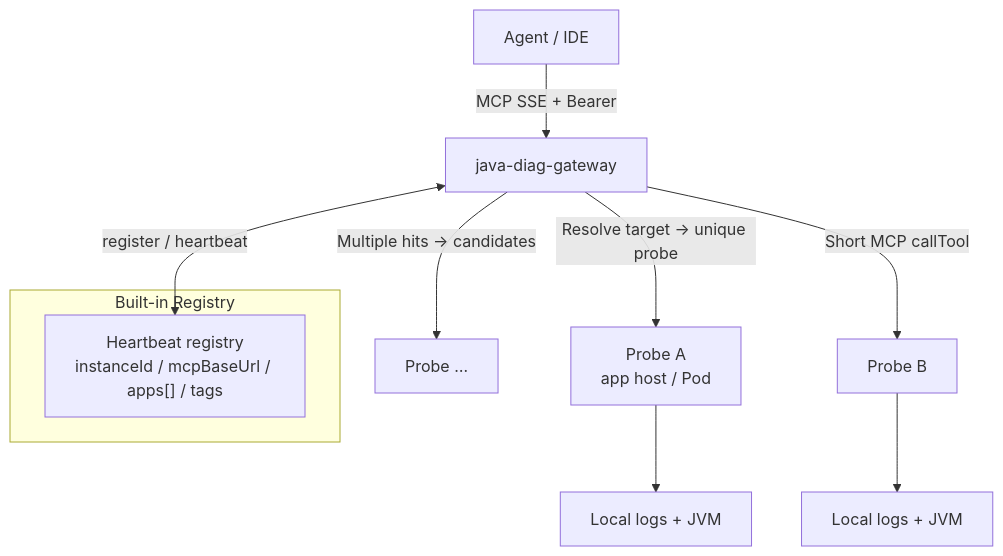
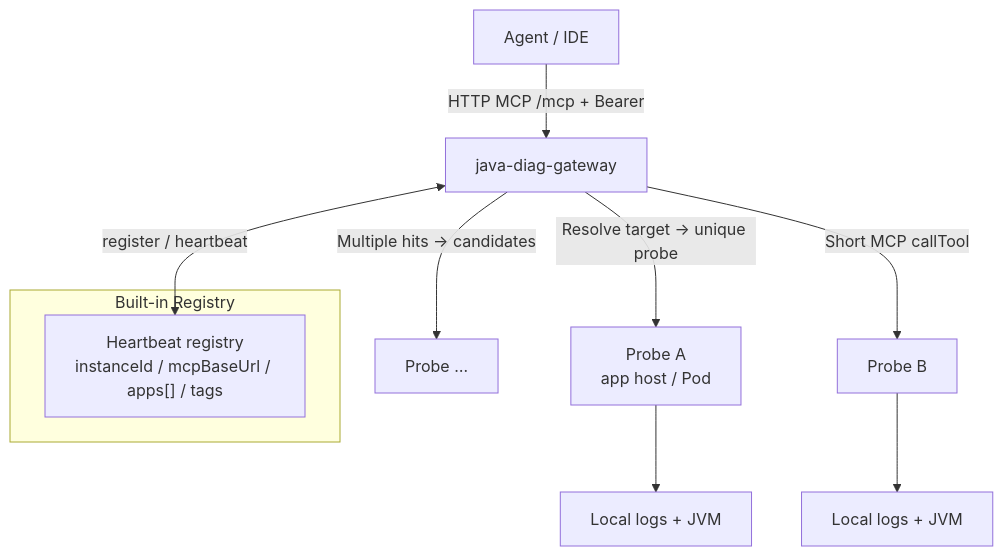
One commit to chenxk/java-diag changed the second of 2 diagrams in README_EN.md. Above: the diagram before and after it, drawn with Mermaid. The commit also changed other lines of this file and 5 other files, not shown here.

````diff
--- a/README_EN.md
+++ b/README_EN.md
@@ -110,16 +157,16 @@
 ```mermaid
 flowchart TB
-  Agent["Agent / IDE"] -->|"MCP SSE + Bearer"| GW["java-diag-gateway"]
+  Agent["Agent / IDE"] -->|"HTTP MCP /mcp + Bearer"| GW["java-diag-gateway"]
 
   subgraph registry ["Built-in Registry"]
     HB["Heartbeat registry<br/>instanceId / mcpBaseUrl / apps[] / tags"]
   end
 
   GW <-->|"register / heartbeat"| HB
   GW -->|"Resolve target → unique probe"| ProbeA["Probe A<br/>app host / Pod"]
   GW -->|"Short MCP callTool"| ProbeB["Probe B"]
   GW -->|"Multiple hits → candidates"| ProbeN["Probe …"]
 
   ProbeA --> LocalA["Local logs + JVM"]
   ProbeB --> LocalB["Local logs + JVM"]
 ```
````
